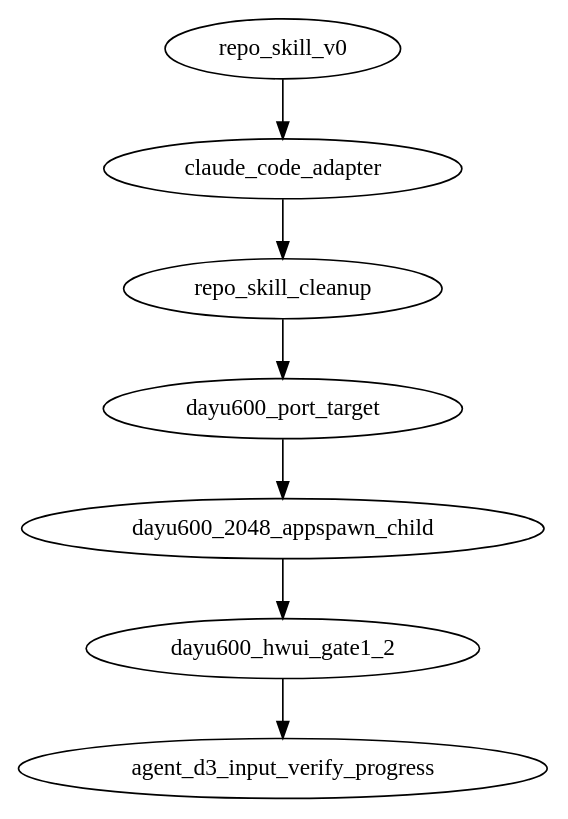
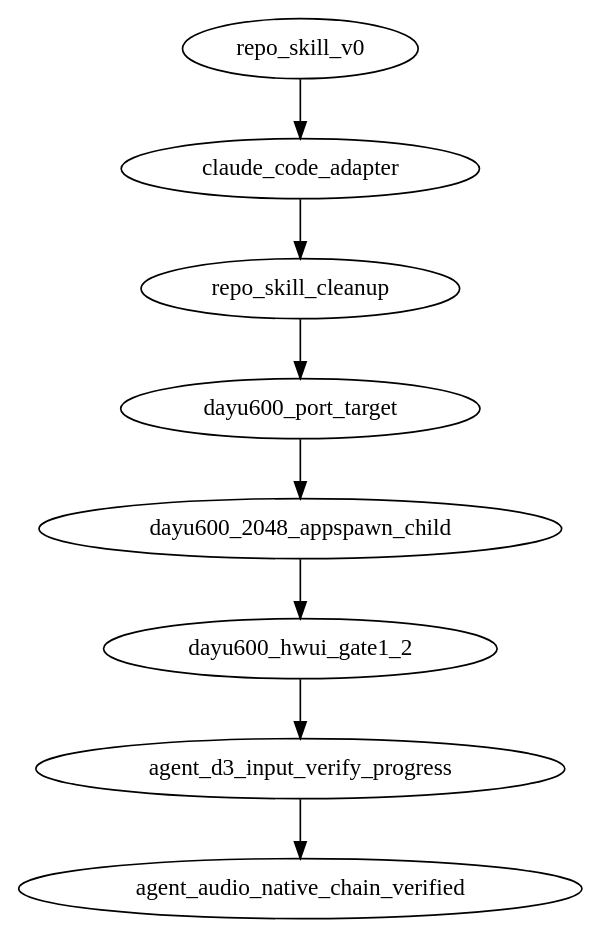
One commit to BH3GEI/westlake-piercing changed the diagram in REPO_HISTORY.dot. Above: the diagram before and after it, drawn with Graphviz. The commit also changed 3 other files, not shown here.

```diff
--- a/REPO_HISTORY.dot
+++ b/REPO_HISTORY.dot
@@ -1,92 +1,104 @@
 digraph westlake_repo_history {
   graph [
     format="repo-skill-history-v0",
     rule="each node records one agent-facing change; commit=self is allowed only for the node introduced by the current commit"
   ];
 
   repo_skill_v0 [
     commit="fb3661c",
     base_commit="b9ede74ac6a19e9e05e09800a4c8757b60ea48d5",
     actor="Yao/Codex",
     title="add repo skill v0",
     user_input="Fork westlake-piercing to BH3GEI and add a dynamic repo skill system with DOT pipeline, lock, history, and skill-local tools.",
     agent_action="Created REPO_SKILL.md, REPO_PIPELINE.dot, REPO_LOCK.toml, REPO_HISTORY.dot, .repo-skill/SKILL.md, runner code, checks, and turn notes.",
     code_delta="No runtime adapter behavior changed; added collaboration and reproducibility metadata plus a local DOT runner.",
     verify="static runner checks; full replay requires DAYU200 and artifact baseline",
     note=".repo-skill/turns/2026-06-30-repo-skill-v0.md"
   ];
 
   claude_code_adapter [
     commit="6113f4b",
     base_commit="fb3661c",
     actor="Yao/Codex",
     title="add Claude Code skill adapter",
     user_input="Add the Claude Code layer so Claude can discover the repo skill without duplicating the main rules.",
     agent_action="Created .claude/skills/westlake-repo/SKILL.md and linked REPO_SKILL.md as the single source of truth.",
     code_delta="No runtime adapter behavior changed; added Claude Code discovery metadata and updated repo skill history.",
     verify="static file checks; full replay still requires DAYU200, hdc, and external artifacts",
     note=".repo-skill/turns/2026-06-30-claude-code-adapter.md"
   ];
 
   repo_skill_cleanup [
     commit="f926081",
     base_commit="6113f4b",
     actor="Yao/Codex",
     title="clean up repo skill metadata",
     user_input="Inspect BH3GEI/westlake-piercing, especially its built-in repo skill.",
     agent_action="Added Codex frontmatter to .repo-skill/SKILL.md, rewrote mojibake Claude adapter and turn note, improved missing-command/9009 reporting, and recorded this cleanup turn.",
     code_delta="No runtime adapter behavior changed; cleaned repository skill metadata, agent-facing history, and runner diagnostics.",
     verify="static skill checks; repo-local check flow fails honestly on this Windows host before hardware/artifact verification",
     note=".repo-skill/turns/2026-07-01-repo-skill-cleanup.md"
   ];
 
   dayu600_port_target [
     commit="pending",
     base_commit="f926081",
     actor="Yao/Codex",
     title="declare DAYU600 as active port target",
     user_input="Clarify that westlake-piercing must be reproduced on the current DAYU600/uis7885 board, not only on DAYU200/RK3568.",
     agent_action="Updated repo skill, lock, pipeline, and docs for a DAYU600 port track; added a non-mutating dayu600-audit flow, live HDC audit checks, stock baseline hash inventory, and build-gap tracker.",
     code_delta="No runtime adapter behavior changed; added DAYU600 port metadata, docs, audit helpers, local stock baseline hash records, and source/build gap documentation.",
     verify="ran dayu600-audit over HDC; confirmed uis7885 arm64-v8a OpenHarmony 6.1.0.31, stock 64-bit appspawn, no appspawn-x, no /system/android substrate, and pulled stock appspawn/config/lib hashes",
     note=".repo-skill/turns/2026-07-01-dayu600-port-target.md"
   ];
 
   dayu600_2048_appspawn_child [
     commit="self",
     base_commit="pending",
     actor="Yao/Codex",
     title="run real 2048 APK inside DAYU600 app child",
     user_input="Run the attached 2048 APK on the OpenHarmony DAYU600 board using the A2OH/westlake-piercing port, not a rewritten clone.",
     agent_action="Added DAYU600 APK/framework/AppSpawnX fixtures, patched the aarch64 ART runtime for the standalone String.valueOf(int)/Integer.toString(int) path, added the embedded no-exit AppSpawnX path, deployed the probe runtime under /data/local/tmp, and joined aa start to a temporary AppSpawnX app-child route without replacing stock appspawn.",
     code_delta="Added reproducible DAYU600 2048 probe scripts and repo-skill flow entries; no /system binary replacement and no legacy 32-bit DAYU200 artifacts deployed.",
     verify="real com.digiplex.game.MainActivity.onCreate, privateR, gameStateJson, and gameMoveJson return RC:0 under standalone ART; temporary AppSpawnX app-child route runs embedded ART and onCreateNullTrace RC:0 inside m.digiplex.game while OHOS reaches AbilityTransitionDone",
     note=".repo-skill/turns/2026-07-02-dayu600-2048-appspawn-child.md"
   ];
 
   dayu600_hwui_gate1_2 [
     commit="self",
     base_commit="pending",
     actor="Yao/Claude",
     title="build libhwui.so + prove hwui renders on the DAYU600 panel",
     user_input="Drive the DAYU600 port toward running an Android game visibly on the board; build the real Android graphics stack and prove it renders.",
     agent_action="Built libhwui.so from AOSP 15 for aarch64-linux-ohos against the board's m133 Skia (gate 1); wrote a native RenderProxy harness + 5 interposer/shim TUs that make hwui's own pipeline render on the panel (gate 2, snapshot-verified); bisected gate 3 to a register_android_graphics_classes lifecycle-timeout in the embedded-ART child.",
     code_delta="Added the DAYU600 hwui build chain (scripts/, support-src/, include stubs), the gfx-smoke/ harness + interposers (fake libandroid, ANativeWindow shim, EGL + Skia interposers), and DAYU600-HWUI-BRINGUP.md; no /system writes; large outputs gitignored.",
     verify="gate 1: libhwui.so ELF64/AArch64 with full register_android_graphics_* exports; gate 2: on-device snapshot shows hwui-drawn green bg + red rect at exact recorded coords; gate 3: on-device A/B bisection + sysfreeze LIFECYCLE_TIMEOUT faultlog",
     note=".repo-skill/turns/2026-07-04-dayu600-hwui-gate1-2.md"
   ];
 
   agent_d3_input_verify_progress [
     commit="self",
     base_commit="pending",
     actor="Yao/Claude",
     title="Agent-D3 input verification boot image and WM stub progress",
     user_input="Continue Agent-D3 mission: verify WestLake input chain on DAYU600 board 5583f5be and produce WLTEST/WLTEXT markers in hilog.",
     agent_action="Corrected the embedded-art probe's -Ximage option so ART loads the arm64 boot image; pushed a patched probe binary; confirmed InputVerifyStage installs a WindowManager stub before View construction; ran inputVerify stage via app_process64 + BOOTCLASSPATH + WESTLAKE_BOOT_IMAGE=1.",
     code_delta="Modified westlake_embedded_art_dlopen_probe.c -Ximage suffix; added scratchpad-shared/wl-input-d/InputVerifyStage.java and WindowManagerAdapter.java; updated AGENT-COORD.md and AGENT-CHAT.md.",
     verify="Boot image loaded successfully and Dayu600ApkStageProbe reached ActivityThread.systemMain(); new framework clinit failures (Build, ActivityManager/Random, MethodType) block InputVerifyStage.run; board 5583f5be disconnected after run.",
     note=".repo-skill/turns/2026-07-09-agent-d3-input-verify-progress.md"
   ];
 
-  repo_skill_v0 -> claude_code_adapter -> repo_skill_cleanup -> dayu600_port_target -> dayu600_2048_appspawn_child -> dayu600_hwui_gate1_2 -> agent_d3_input_verify_progress;
+  agent_audio_native_chain_verified [
+    commit="self",
+    base_commit="pending",
+    actor="Yao/Claude",
+    title="Agent-Audio native audio chain verified end-to-end on DAYU600",
+    user_input="Port the WestLake noice tap-to-speaker audio chain to 64-bit OHOS-6.1/A16 and verify it on DAYU600 boards; pause and document progress.",
+    agent_action="Built arm64 audio bridges (libmedia_jni stub, liboh_mediacodec_shim, liboh_inproc_service), patched A16 framework.jar for audio focus and crash chain, wrote native_audiotest2_arm64 and toneplayer_arm64, and verified gates 3-6 on both DAYU600 boards with an audible 440Hz tone.",
+    code_delta="Added scratchpad-shared/audio-port-64/ sources, scripts, runbook, and small verified binaries; updated REPO_LOCK.toml audio artifact hashes; removed accidentally tracked partial framework jar temp file.",
+    verify="native_audiotest2_arm64 passes gate 3 (libmedia_jni dlopen) → gate 4 (register_MediaCodec_shim) → gate 5 (pthread detach) → gate 6 (OH_AudioStreamBuilder 440Hz tone) on 5583f5be and 5ce2dcee; toneplayer_arm64 also plays audible tone; gates 1-2 remain blocked by missing Java runtime.",
+    note=".repo-skill/turns/2026-07-09-agent-audio-native-chain-verified.md"
+  ];
+
+  repo_skill_v0 -> claude_code_adapter -> repo_skill_cleanup -> dayu600_port_target -> dayu600_2048_appspawn_child -> dayu600_hwui_gate1_2 -> agent_d3_input_verify_progress -> agent_audio_native_chain_verified;
 }
```
